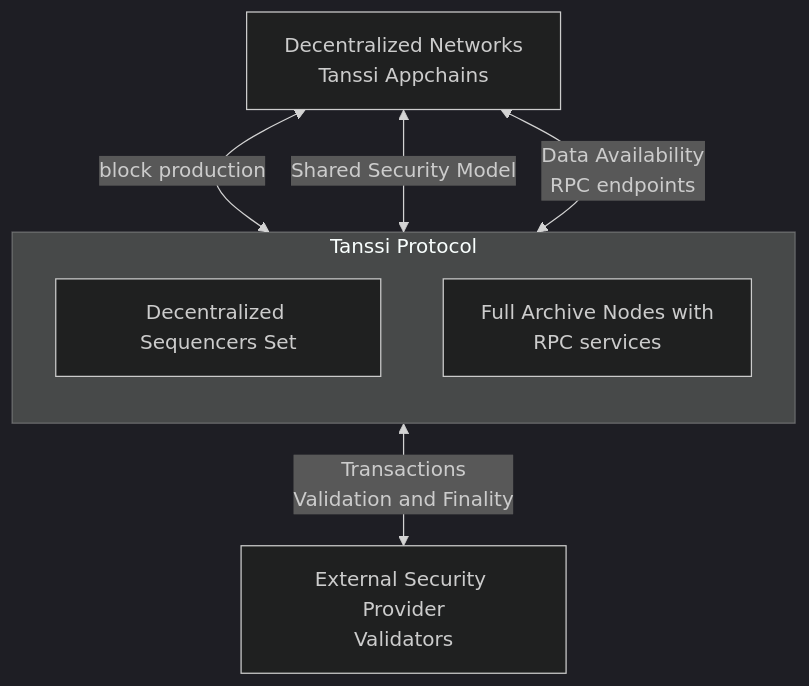
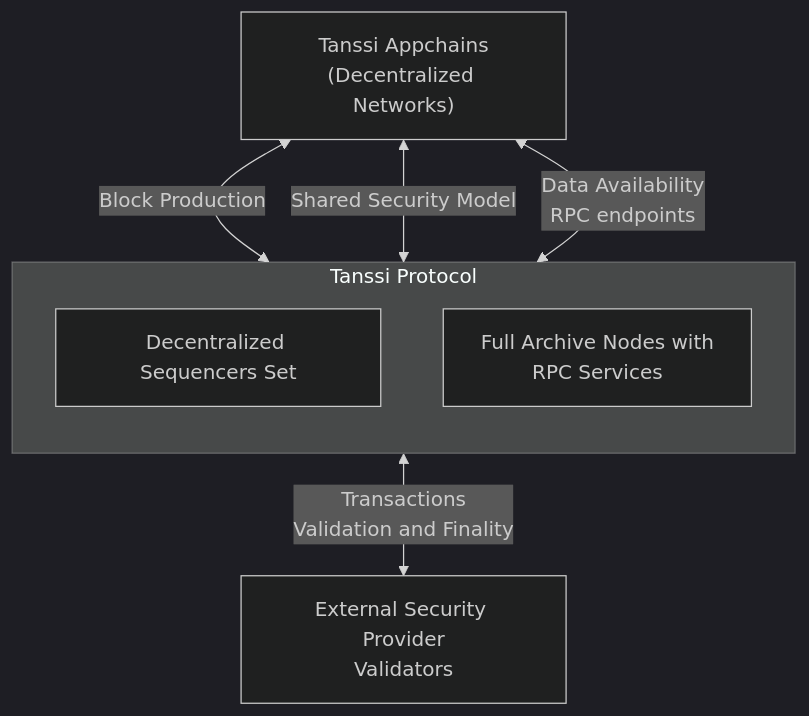
One commit to moondance-labs/tanssi-docs changed the diagram in learn/appchains/overview.md. Above: the diagram before and after it, drawn with Mermaid (dark theme).

Commit message:
Apply suggestions from code review

````diff
--- a/learn/appchains/overview.md
+++ b/learn/appchains/overview.md
@@ -28,17 +28,17 @@
 ```mermaid
 flowchart TB
-    appchains["Decentralized Networks<br/>Tanssi Appchains"]
+    appchains["Tanssi Appchains<br/>(Decentralized Networks)"]
 
     subgraph tanssi["Tanssi Protocol"]
         direction TB
         sequencers["Decentralized Sequencers Set"]
-        node["Full Archive Nodes with<br/>RPC services"]
+        node["Full Archive Nodes with<br/>RPC Services"]
     end
 
     security["External Security Provider<br/>Validators"]
     
-    appchains<--block production-->tanssi
+    appchains<--Block Production-->tanssi
     appchains<--Shared Security Model-->tanssi
     appchains<--Data Availability<br/>RPC endpoints-->tanssi
     tanssi<--Transactions<br/>Validation and Finality-->security
 ```
````
